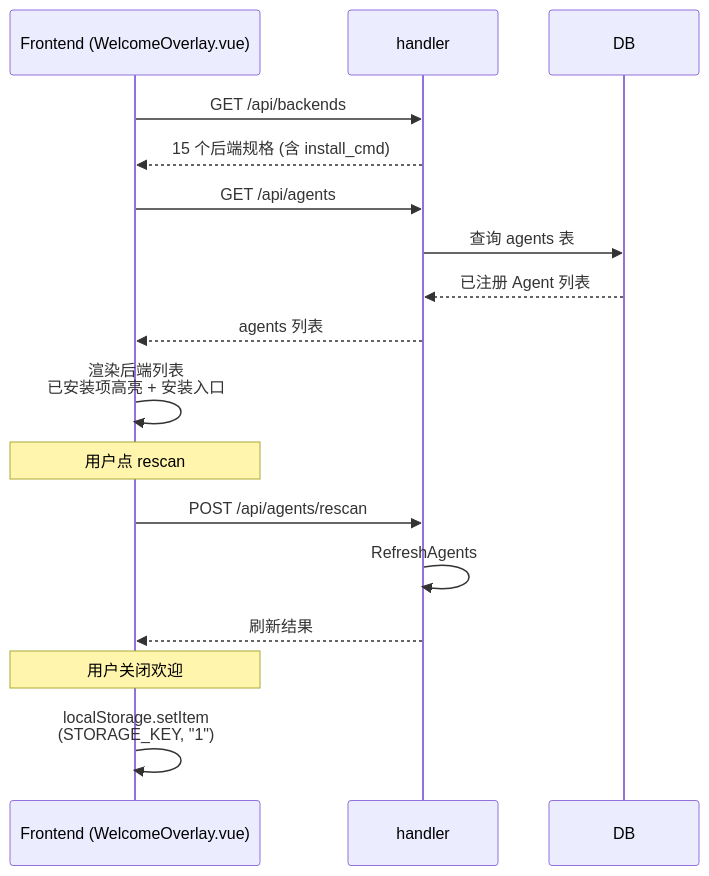
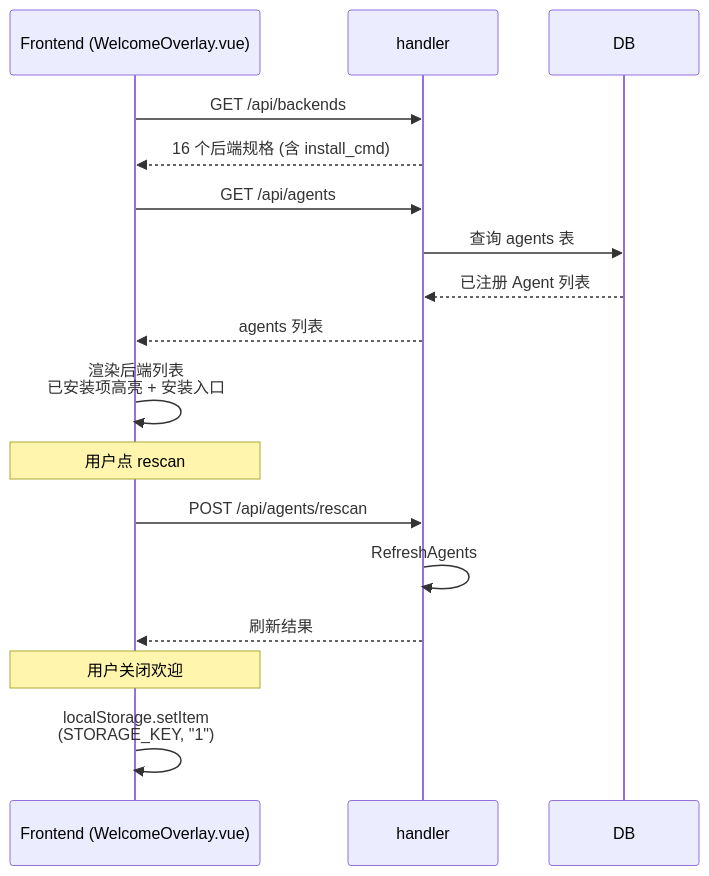
The first of 2 diagrams in docs/spec/features/setup-wizard.md (clawbench-dev/clawbench), drawn with Mermaid before and after one commit. The commit also changed other lines of this file and 8 other files, not shown here.

````diff
--- a/docs/spec/features/setup-wizard.md
+++ b/docs/spec/features/setup-wizard.md
@@ -17,20 +17,20 @@
 ```mermaid
 sequenceDiagram
     participant F as Frontend (WelcomeOverlay.vue)
     participant H as handler
     participant DB
 
     F->>H: GET /api/backends
-    H-->>F: 15 个后端规格 (含 install_cmd)
+    H-->>F: 16 个后端规格 (含 install_cmd)
     F->>H: GET /api/agents
     H->>DB: 查询 agents 表
     DB-->>H: 已注册 Agent 列表
     H-->>F: agents 列表
     F->>F: 渲染后端列表<br/>已安装项高亮 + 安装入口
     Note over F: 用户点 rescan
     F->>H: POST /api/agents/rescan
     H->>H: RefreshAgents
     H-->>F: 刷新结果
     Note over F: 用户关闭欢迎
     F->>F: localStorage.setItem<br/>(STORAGE_KEY, "1")
 ```
````
